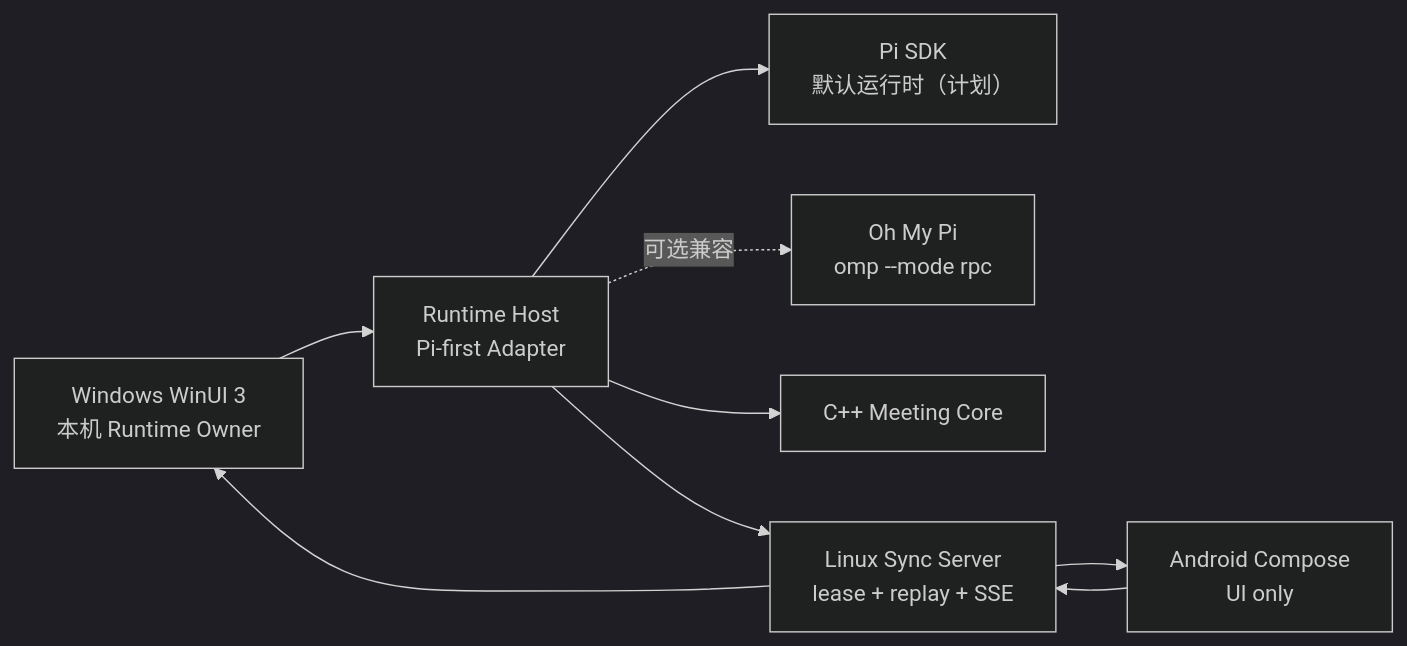
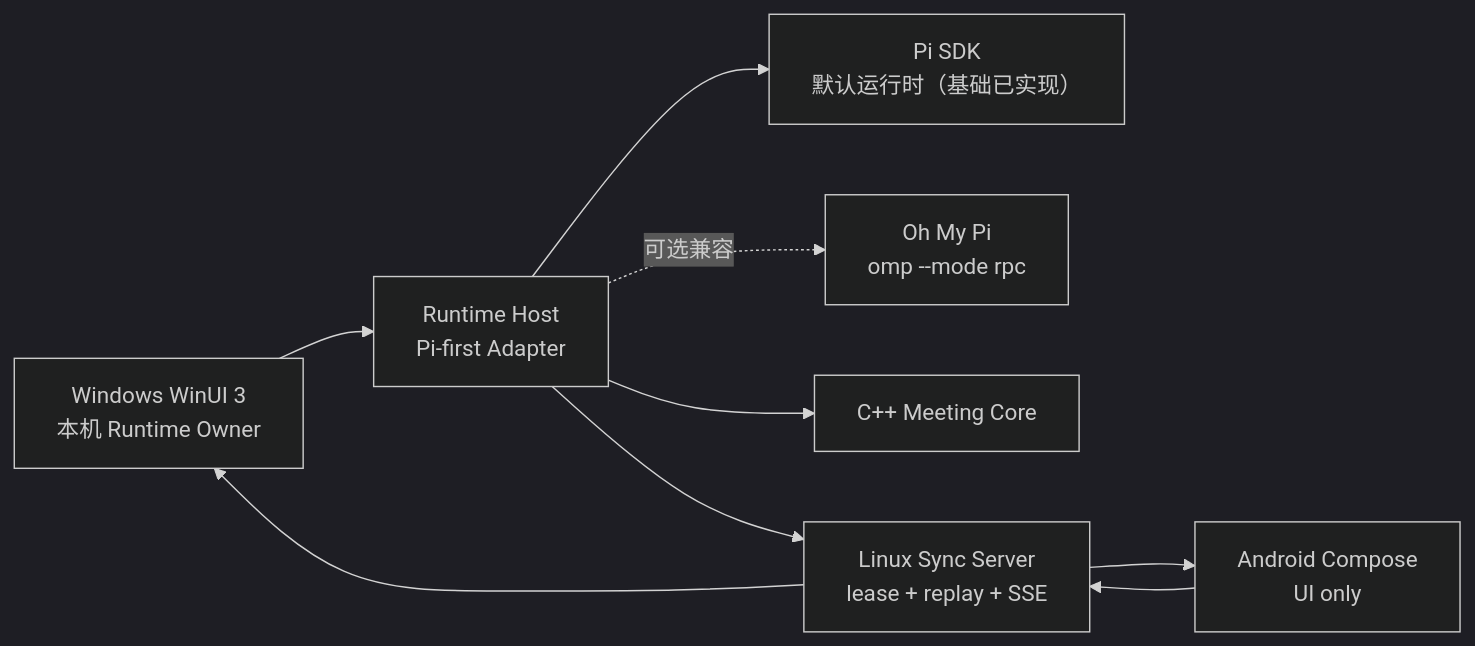
One commit to ShizkMoon/pi-roundtable changed the diagram in README.md. Above: the diagram before and after it, drawn with Mermaid (dark theme). The commit also changed other lines of this file and 13 other files, not shown here.

````diff
--- a/README.md
+++ b/README.md
@@ -20,11 +20,11 @@
 ```mermaid
 flowchart LR
     W["Windows WinUI 3<br/>本机 Runtime Owner"] --> H["Runtime Host<br/>Pi-first Adapter"]
-    H --> P["Pi SDK<br/>默认运行时（计划）"]
+    H --> P["Pi SDK<br/>默认运行时（基础已实现）"]
     H -. "可选兼容" .-> O["Oh My Pi<br/>omp --mode rpc"]
     H --> C["C++ Meeting Core"]
     H --> S["Linux Sync Server<br/>lease + replay + SSE"]
     A["Android Compose<br/>UI only"] --> S
     S --> A
     S --> W
 ```
````
